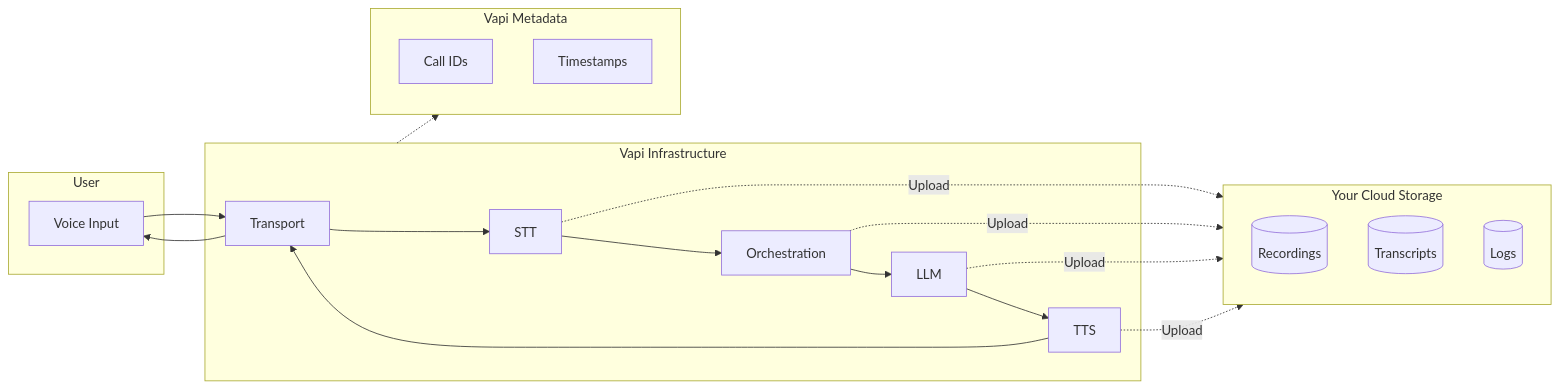
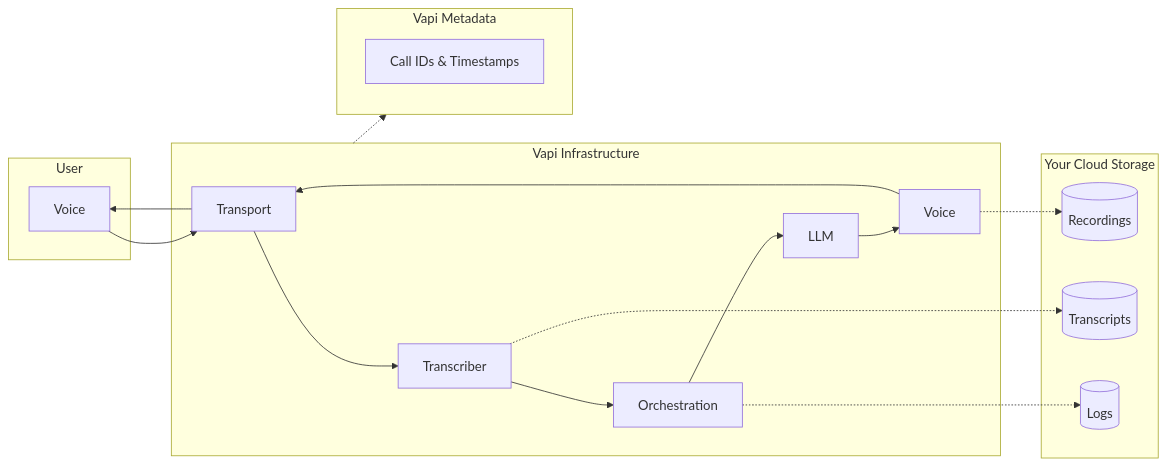
Before and after one commit to VapiAI/docs: the third of 4 diagrams in fern/security-and-privacy/data-flow.mdx, drawn with Mermaid. The commit also changed other lines of this file, not shown here.

First line of the commit message:
docs: apply feedback to data flow documentation

````diff
--- a/fern/security-and-privacy/data-flow.mdx
+++ b/fern/security-and-privacy/data-flow.mdx
@@ -223,29 +218,30 @@
 ```mermaid
 flowchart LR
     subgraph User["User"]
-        A[Voice Input]
+        A[Voice]
     end
     
     subgraph Vapi["Vapi Infrastructure"]
         T[Transport]
-        B[STT]
-        C[Orchestration]
-        D[LLM]
-        E[TTS]
+        STT[Transcriber]
+        O[Orchestration]
+        LLM[LLM]
+        TTS[Voice]
     end
     
     subgraph Customer["Your Cloud Storage"]
-        F[(Recordings)]
-        G[(Transcripts)]
-        H[(Logs)]
+        R[(Recordings)]
+        TR[(Transcripts)]
+        L[(Logs)]
     end
     
     subgraph VapiMin["Vapi Metadata"]
-        I[Call IDs]
-        J[Timestamps]
+        M[Call IDs & Timestamps]
     end
     
-    A --> T --> B --> C --> D --> E --> T --> A
-    B & C & D & E -.->|Upload| Customer
+    A --> T --> STT --> O --> LLM --> TTS --> T --> A
+    STT -.-> TR
+    TTS -.-> R
+    O -.-> L
     Vapi -.-> VapiMin
 ```
````
